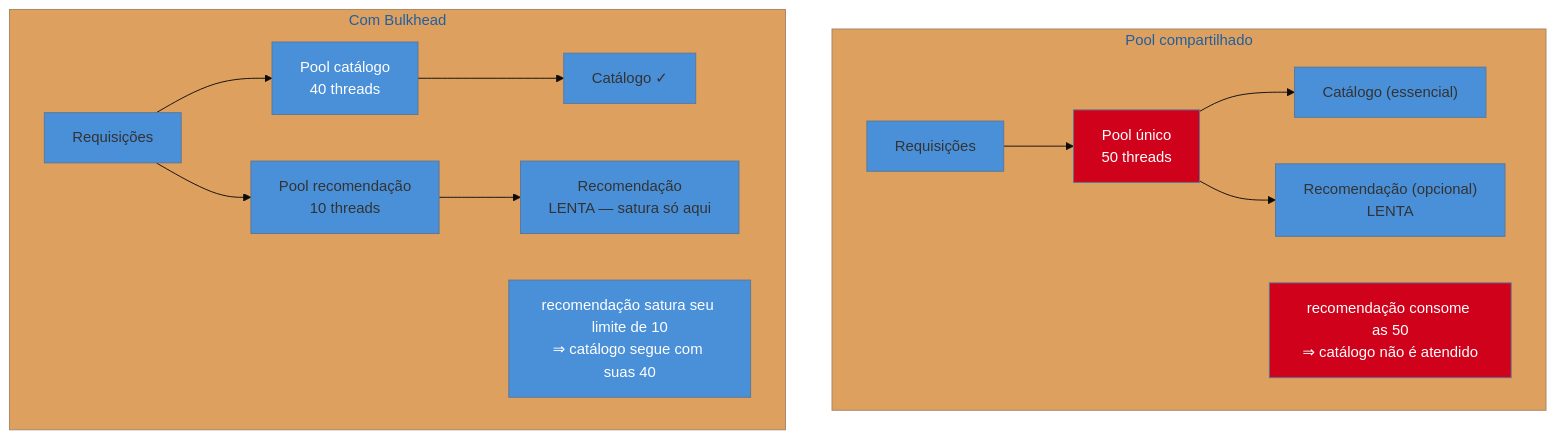
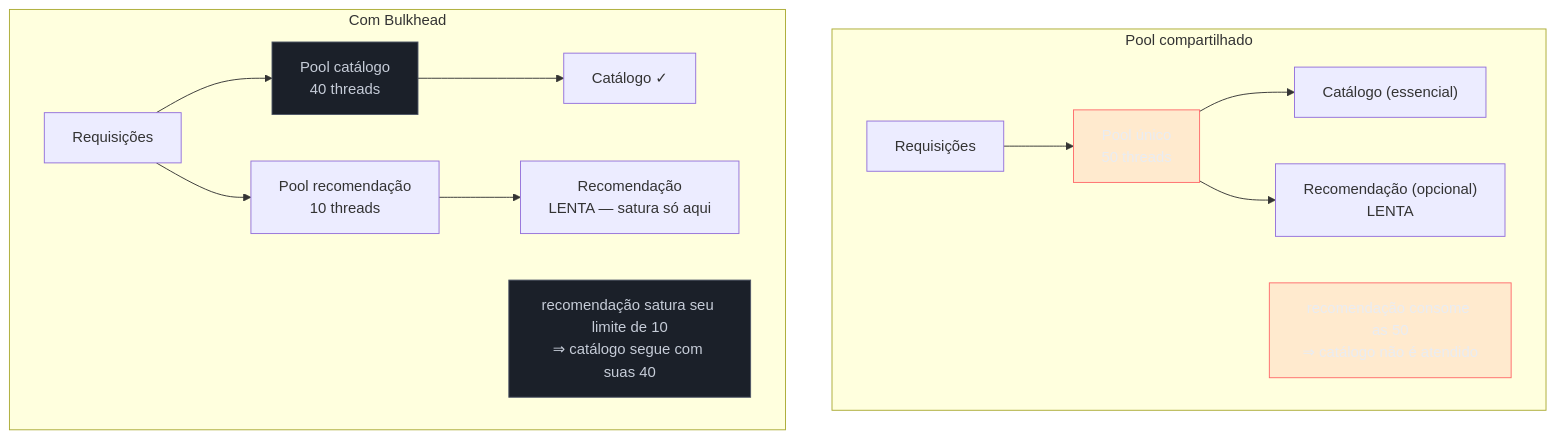
Before and after one commit to josenaldo/codex-technomanticus: the diagram in 03-Dominios/Engenharia/Design de Software/Padrões de Projeto/Nuvem e Resiliência/05 - Bulkhead.md, drawn with Mermaid. The commit also changed 1181 other files, not shown here.

First line of the commit message:
fix(diagramas): paleta do sistema no lugar de cor cravada no markdown

````diff
--- a/03-Dominios/Engenharia/Design de Software/Padrões de Projeto/Nuvem e Resiliência/05 - Bulkhead.md
+++ b/03-Dominios/Engenharia/Design de Software/Padrões de Projeto/Nuvem e Resiliência/05 - Bulkhead.md
@@ -43,23 +43,24 @@
 ```mermaid
-%%{init: {"theme": "base", "themeVariables": {"primaryColor": "#4A90D9"}}}%%
 graph TD
+    classDef falha fill:#FF6B6B24,stroke:#FF6B6B,color:#E9ECF2
+    classDef neutro fill:#1B2029,stroke:#4E5666,color:#C6CCD8
     subgraph S["Pool compartilhado"]
         R1["Requisições"] --> P1["Pool único<br/>50 threads"]
         P1 --> D1["Catálogo (essencial)"]
         P1 --> D2["Recomendação (opcional)<br/>LENTA"]
         N1["recomendação consome as 50<br/>⇒ catálogo não é atendido"]
     end
 
     subgraph B["Com Bulkhead"]
         R2["Requisições"] --> P2["Pool catálogo<br/>40 threads"]
         R2 --> P3["Pool recomendação<br/>10 threads"]
         P2 --> D3["Catálogo ✓"]
         P3 --> D4["Recomendação<br/>LENTA — satura só aqui"]
         N2["recomendação satura seu limite de 10<br/>⇒ catálogo segue com suas 40"]
     end
 
-    style N1 fill:#D0021B,color:#fff
-    style P1 fill:#D0021B,color:#fff
-    style N2 fill:#4A90D9,color:#fff
-    style P2 fill:#4A90D9,color:#fff
+    class N1 falha
+    class P1 falha
+    class N2 neutro
+    class P2 neutro
 ```
````
